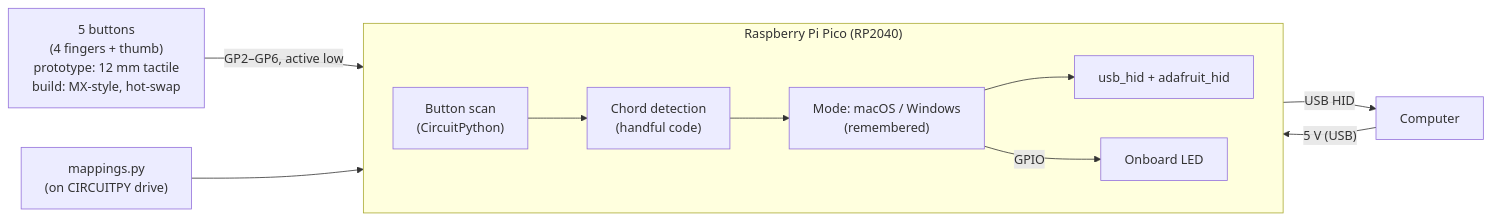
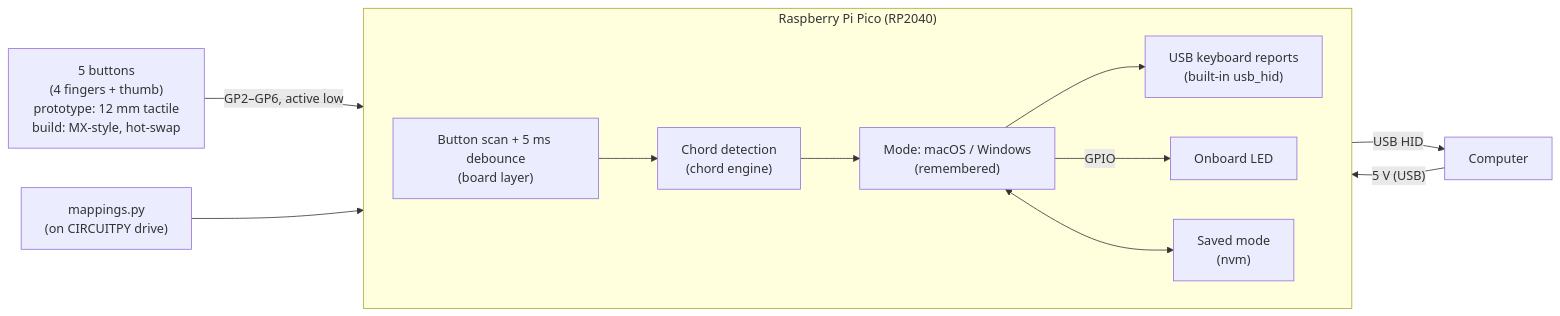
The first of 2 diagrams in docs/architecture.md (malkam03/handful), drawn with Mermaid before and after one commit. The commit also changed other lines of this file and 48 other files, not shown here.

First line of the commit message:
Add CircuitPython firmware, chord drawings and mappings skill

````diff
--- a/docs/architecture.md
+++ b/docs/architecture.md
@@ -13,21 +13,23 @@
 ```mermaid
 flowchart LR
     buttons["5 buttons<br/>(4 fingers + thumb)<br/>prototype: 12 mm tactile<br/>build: MX-style, hot-swap"]
     subgraph pico["Raspberry Pi Pico (RP2040)"]
         direction LR
-        scan["Button scan<br/>(CircuitPython)"]
-        chord["Chord detection<br/>(handful code)"]
+        scan["Button scan + 5 ms debounce<br/>(board layer)"]
+        chord["Chord detection<br/>(chord engine)"]
         mode["Mode: macOS / Windows<br/>(remembered)"]
-        hid["usb_hid + adafruit_hid"]
+        hid["USB keyboard reports<br/>(built-in usb_hid)"]
         led["Onboard LED"]
         scan --> chord --> mode --> hid
         mode -- GPIO --> led
+        nvm["Saved mode<br/>(nvm)"]
+        mode <--> nvm
     end
     config["mappings.py<br/>(on CIRCUITPY drive)"]
     host["Computer"]
 
     buttons -- "GP2–GP6, active low" --> scan
     config --> mode
     hid -- USB HID --> host
     host -- "5 V (USB)" --> pico
 ```
````
